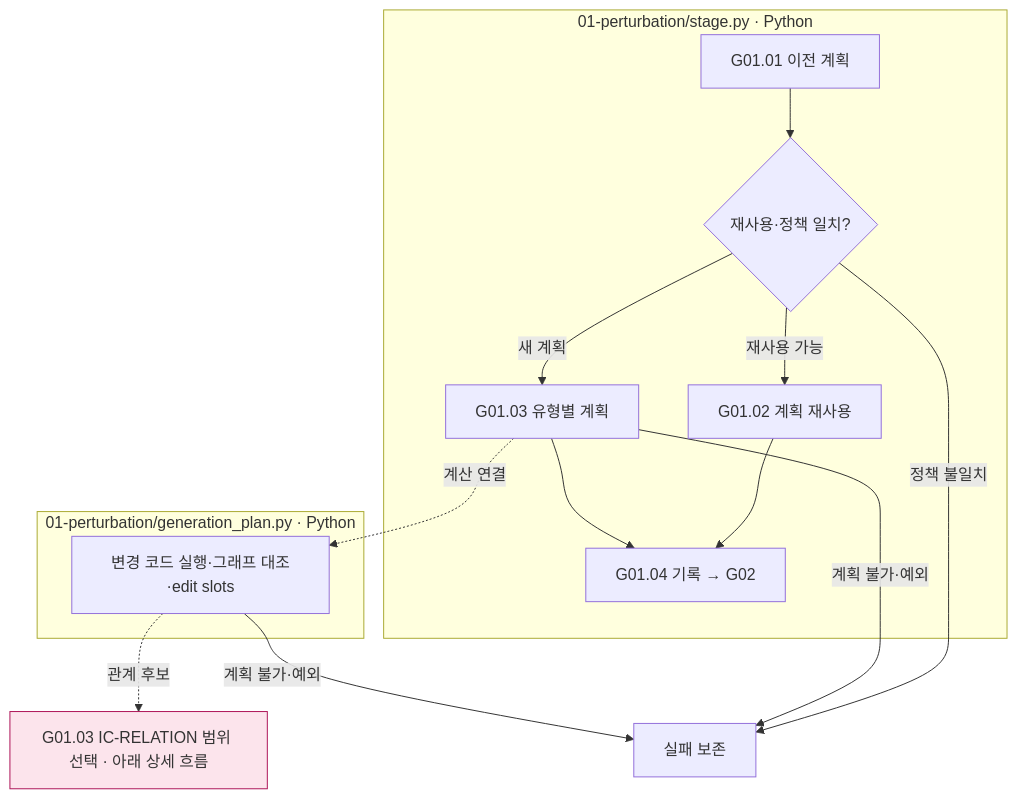
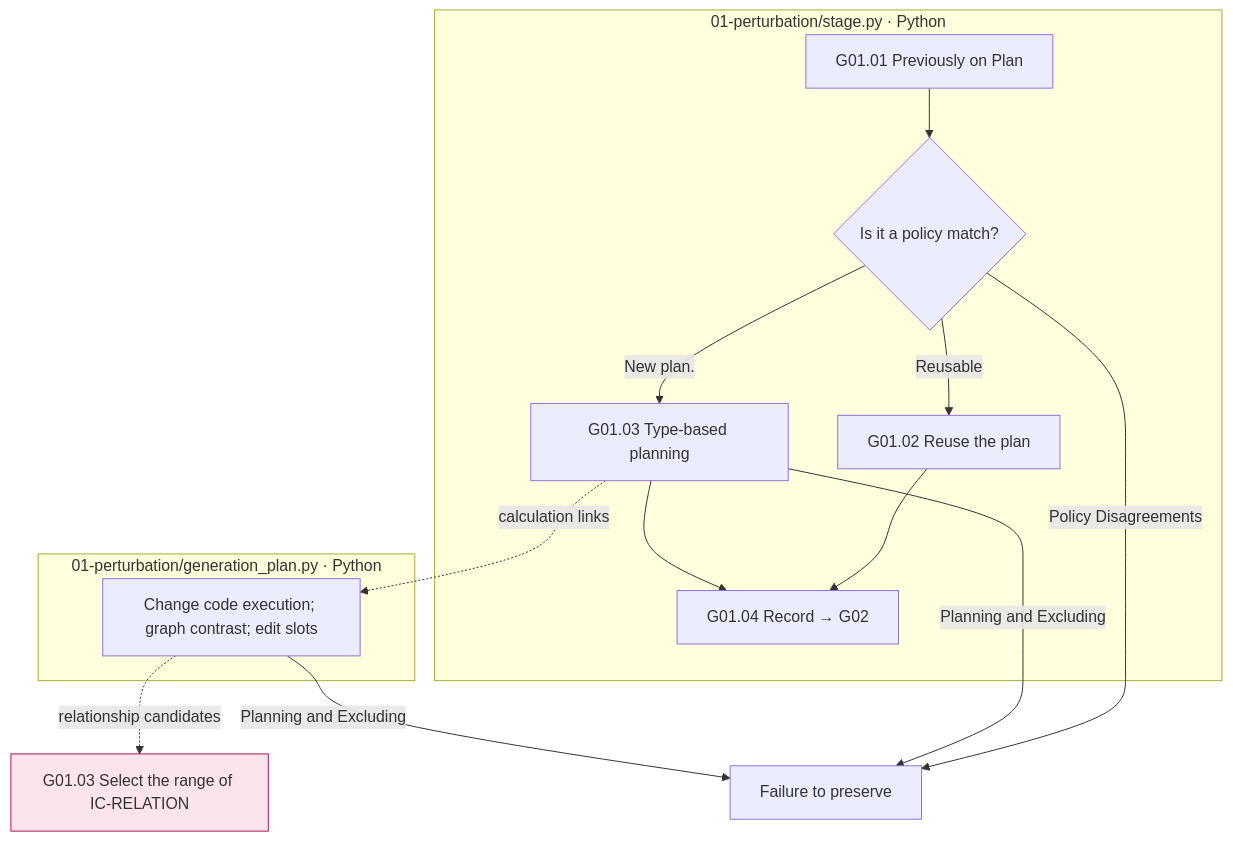
One commit to pnu-clink/finject changed the first of 2 diagrams in src/finarch/documentation/templates/stages/01-dataset/02-generation/01-perturbation/README.md. Above: the diagram before and after it, drawn with Mermaid. The commit also changed other lines of this file and 644 other files, not shown here.

````diff
--- a/src/finarch/documentation/templates/stages/01-dataset/02-generation/01-perturbation/README.md
+++ b/src/finarch/documentation/templates/stages/01-dataset/02-generation/01-perturbation/README.md
@@ -24,18 +24,18 @@
 ```mermaid
 flowchart TD
  subgraph G["01-perturbation/stage.py · Python"]
-  A["G01.01 이전 계획"] --> B{"재사용·정책 일치?"}
-  B -->|재사용 가능| C["G01.02 계획 재사용"]
-  B -->|새 계획| D["G01.03 유형별 계획"]
-  C --> E["G01.04 기록 → G02"]
+  A["G01.01 Previously on Plan"] --> B{"Is it a policy match?"}
+  B -->|Reusable| C["G01.02 Reuse the plan"]
+  B -->|New plan.| D["G01.03 Type-based planning"]
+  C --> E["G01.04 Record → G02"]
   D --> E
  end
  subgraph P["01-perturbation/generation_plan.py · Python"]
-  D -. 계산 연결 .-> F["변경 코드 실행·그래프 대조·edit slots"]
+  D -. calculation links .-> F["Change code execution; graph contrast; edit slots"]
  end
- F -. 관계 후보 .-> RS["G01.03 IC-RELATION 범위 선택 · 아래 상세 흐름"]
- B -->|정책 불일치| X["실패 보존"]
- D & F -->|계획 불가·예외| X
+ F -. relationship candidates .-> RS["G01.03 Select the range of IC-RELATION"]
+ B -->|Policy Disagreements| X["Failure to preserve"]
+ D & F -->|Planning and Excluding| X
  classDef detail fill:#fce4ec,stroke:#ad1457;
  class RS detail;
 ```
````
